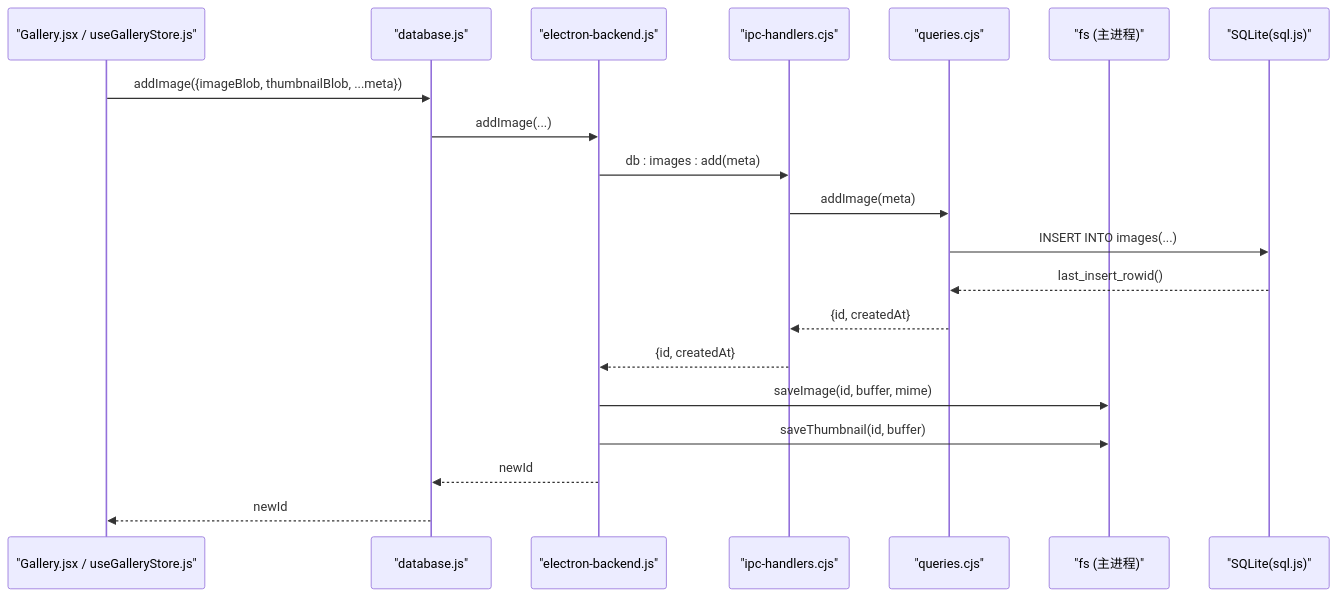
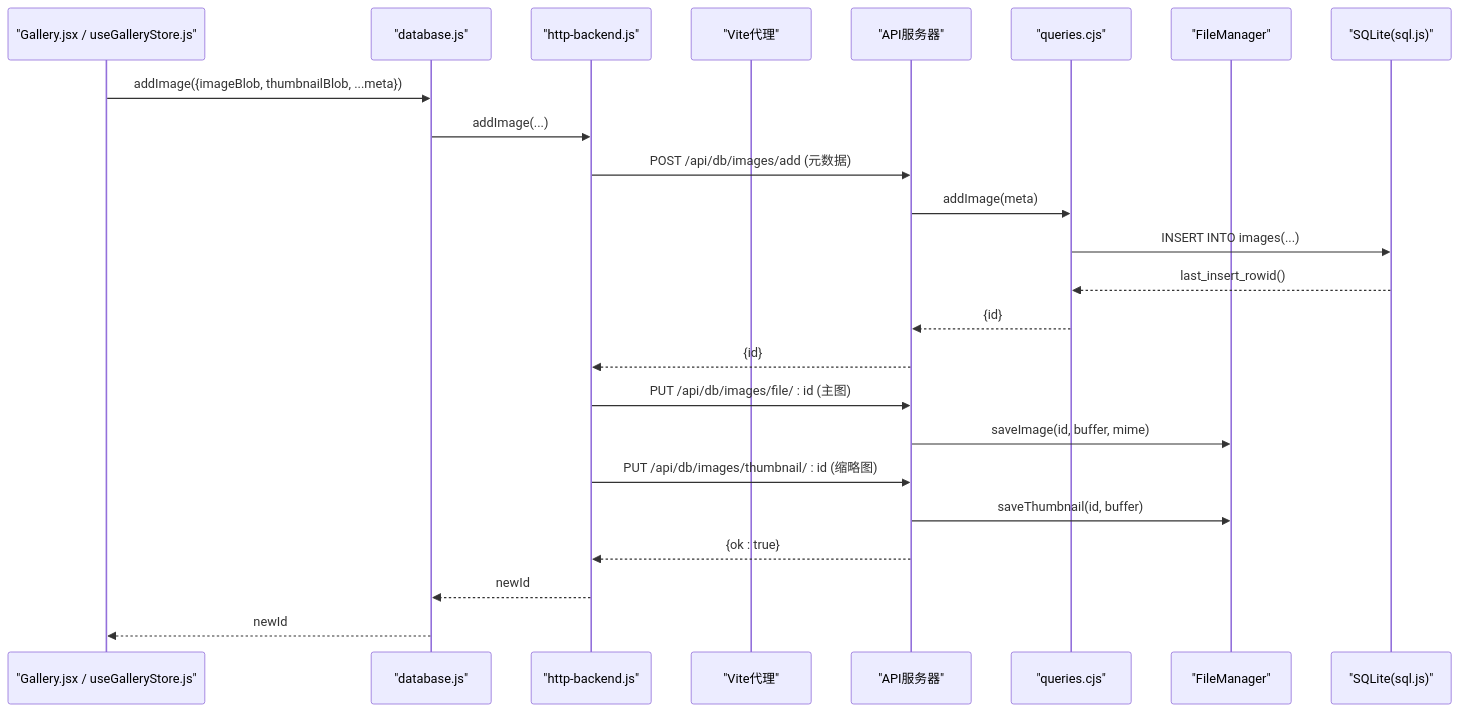
The sixth of 8 diagrams in .qoder/repowiki/zh/content/数据库层/策略模式数据库抽象.md (AlbusWei/AI-Image-Studio), drawn with Mermaid before and after one commit. The commit also changed other lines of this file and 26 other files, not shown here.

First line of the commit message:
fix: 修复 Electron 模式下 Gallery 无法显示图片的 3 个断裂点

````diff
--- a/.qoder/repowiki/zh/content/数据库层/策略模式数据库抽象.md
+++ b/.qoder/repowiki/zh/content/数据库层/策略模式数据库抽象.md
@@ -305,22 +430,26 @@
 ```mermaid
 sequenceDiagram
 participant UI as "Gallery.jsx / useGalleryStore.js"
 participant Facade as "database.js"
-participant EB as "electron-backend.js"
-participant IPC as "ipc-handlers.cjs"
+participant HB as "http-backend.js"
+participant Vite as "Vite代理"
+participant AS as "API服务器"
 participant Q as "queries.cjs"
-participant FS as "fs (主进程)"
+participant FS as "FileManager"
 participant DB as "SQLite(sql.js)"
 UI->>Facade : addImage({imageBlob, thumbnailBlob, ...meta})
-Facade->>EB : addImage(...)
-EB->>IPC : db : images : add(meta)
-IPC->>Q : addImage(meta)
+Facade->>HB : addImage(...)
+HB->>AS : POST /api/db/images/add (元数据)
+AS->>Q : addImage(meta)
 Q->>DB : INSERT INTO images(...)
 DB-->>Q : last_insert_rowid()
-Q-->>IPC : {id, createdAt}
-IPC-->>EB : {id, createdAt}
-EB->>FS : saveImage(id, buffer, mime)
-EB->>FS : saveThumbnail(id, buffer)
-EB-->>Facade : newId
+Q-->>AS : {id}
+AS-->>HB : {id}
+HB->>AS : PUT /api/db/images/file/ : id (主图)
+AS->>FS : saveImage(id, buffer, mime)
+HB->>AS : PUT /api/db/images/thumbnail/ : id (缩略图)
+AS->>FS : saveThumbnail(id, buffer)
+AS-->>HB : {ok : true}
+HB-->>Facade : newId
 Facade-->>UI : newId
 ```
````
